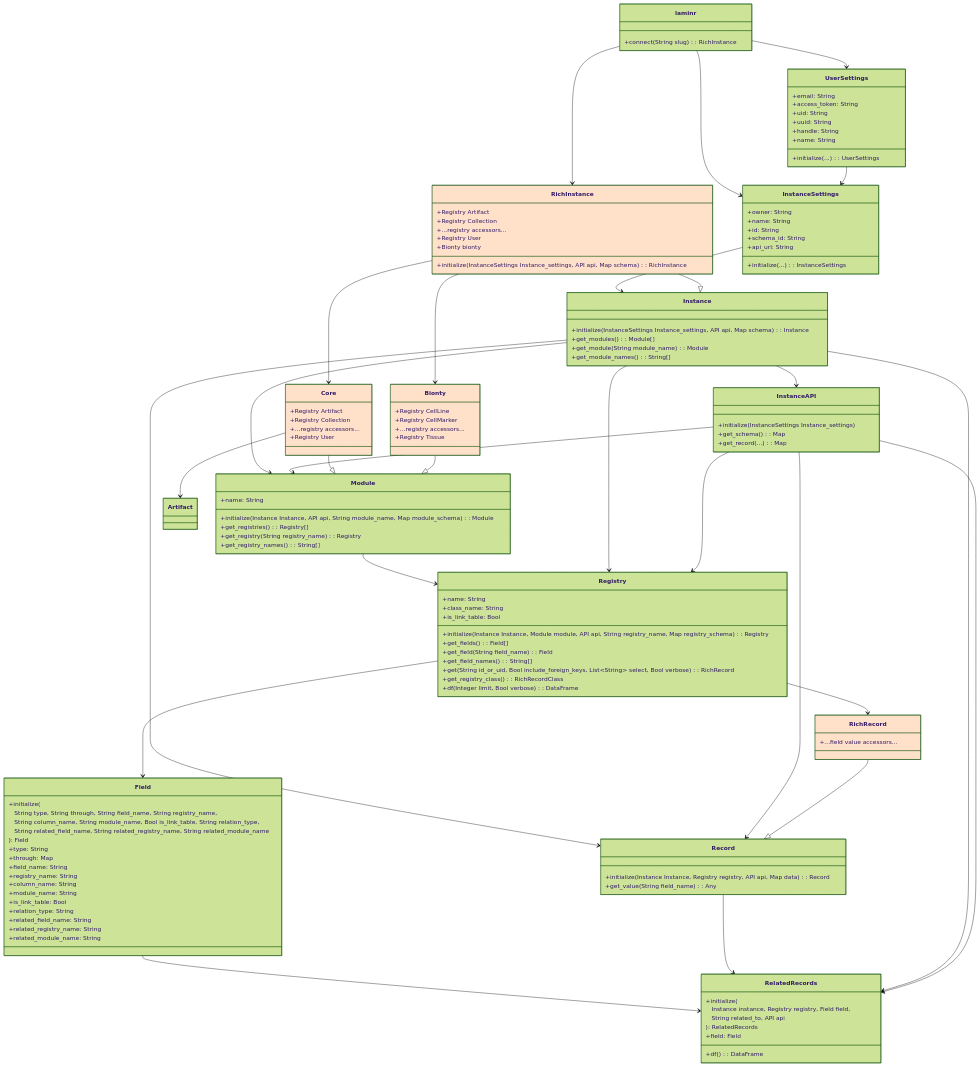
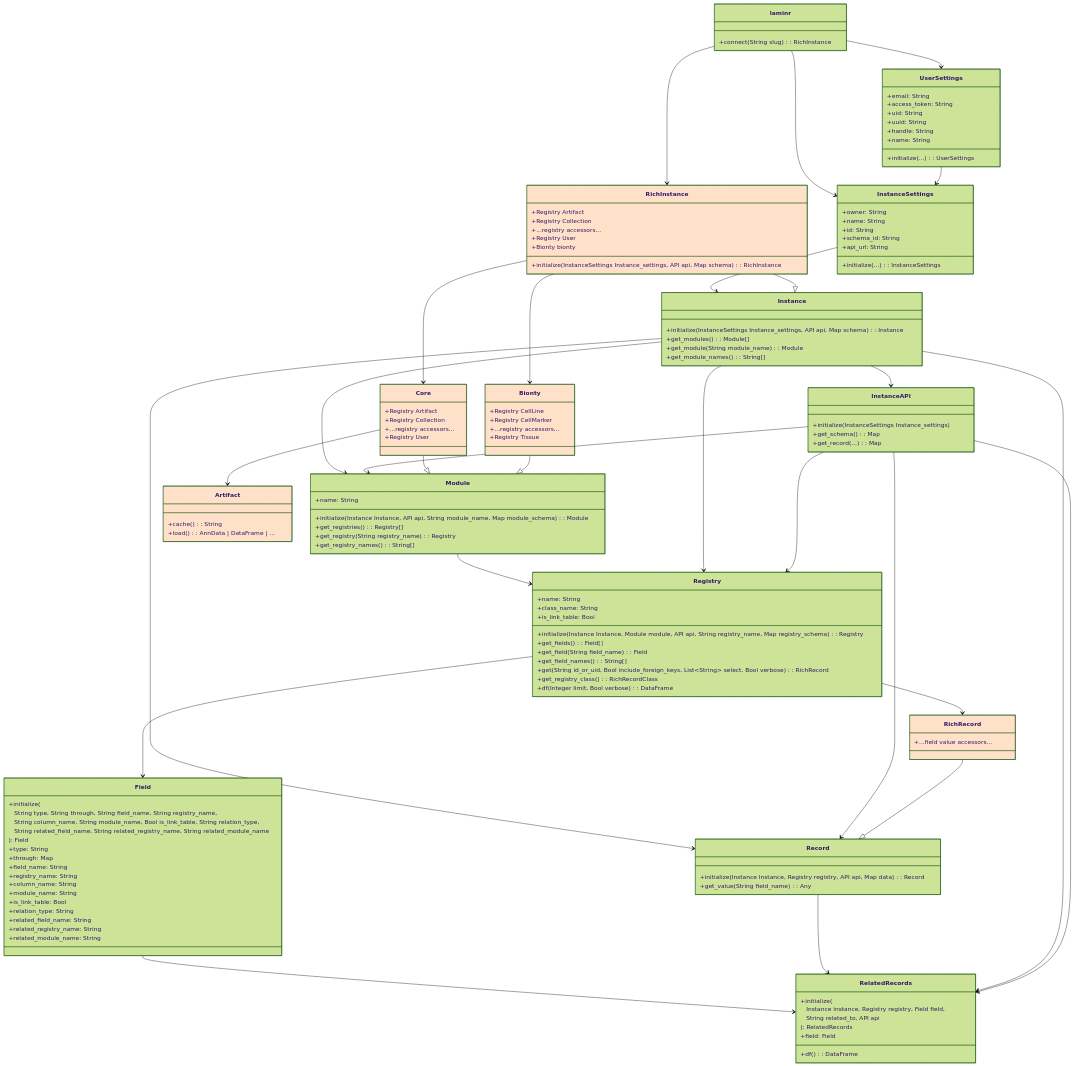
Before and after one commit to laminlabs/laminr: the second of 2 diagrams in vignettes/architecture.qmd, drawn with Mermaid (forest theme).

Commit message:
Add more info about artifact

````diff
--- a/vignettes/architecture.qmd
+++ b/vignettes/architecture.qmd
@@ -300,6 +300,11 @@
         +...field value accessors...
     }
     style RichRecord fill:#ffe1c9
+    class Artifact{
+        +cache(): String
+        +load(): AnnData | DataFrame | ...
+    }
+    style Artifact fill:#ffe1c9
     %% -------------------------------------------------------------------------
 %% # nolint end
 ```
````
